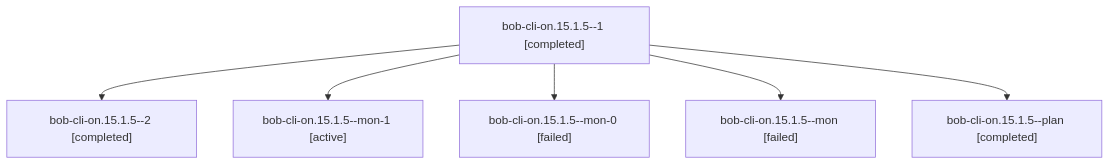
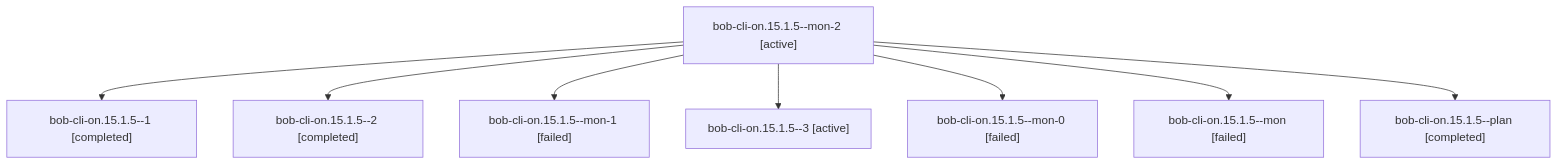
The diagram in sessions/bbugyi200.athena.bob-cli-on.15.1.5.md (bobs-org/bob-cli--agents), drawn with Mermaid before and after one commit. The commit also changed other lines of this file and 167 other files, not shown here.

````diff
--- a/sessions/bbugyi200.athena.bob-cli-on.15.1.5.md
+++ b/sessions/bbugyi200.athena.bob-cli-on.15.1.5.md
@@ -9,14 +9,18 @@
 ```mermaid
 flowchart TD
-  n0["bob-cli-on.15.1.5--1 [completed]"]
-  n1["bob-cli-on.15.1.5--2 [completed]"]
+  n0["bob-cli-on.15.1.5--mon-2 [active]"]
+  n1["bob-cli-on.15.1.5--1 [completed]"]
   n0 --> n1
-  n2["bob-cli-on.15.1.5--mon-1 [active]"]
+  n2["bob-cli-on.15.1.5--2 [completed]"]
   n0 --> n2
-  n3["bob-cli-on.15.1.5--mon-0 [failed]"]
+  n3["bob-cli-on.15.1.5--mon-1 [failed]"]
   n0 --> n3
-  n4["bob-cli-on.15.1.5--mon [failed]"]
+  n4["bob-cli-on.15.1.5--3 [active]"]
   n0 --> n4
-  n5["bob-cli-on.15.1.5--plan [completed]"]
+  n5["bob-cli-on.15.1.5--mon-0 [failed]"]
   n0 --> n5
+  n6["bob-cli-on.15.1.5--mon [failed]"]
+  n0 --> n6
+  n7["bob-cli-on.15.1.5--plan [completed]"]
+  n0 --> n7
 ```
````
